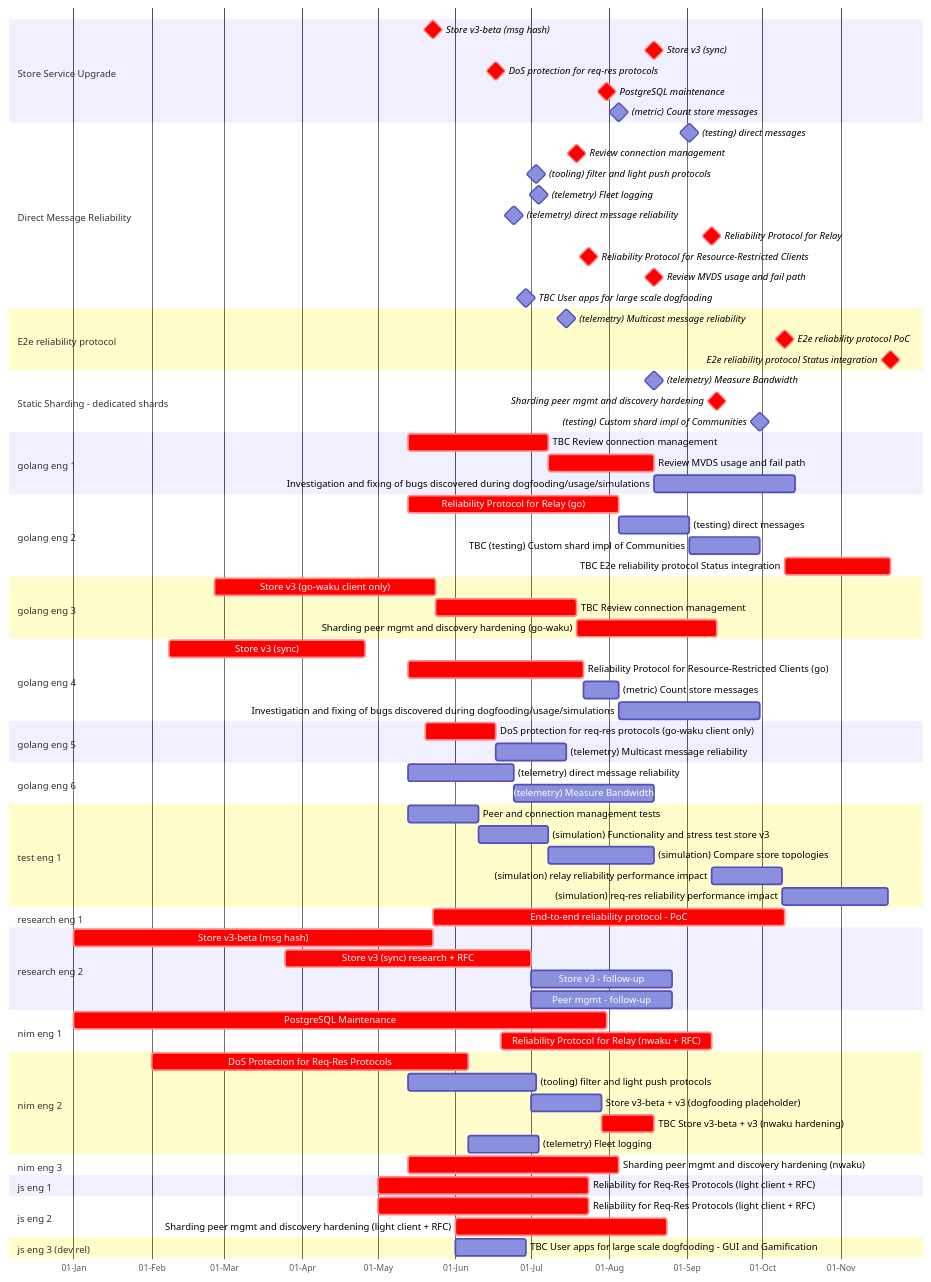
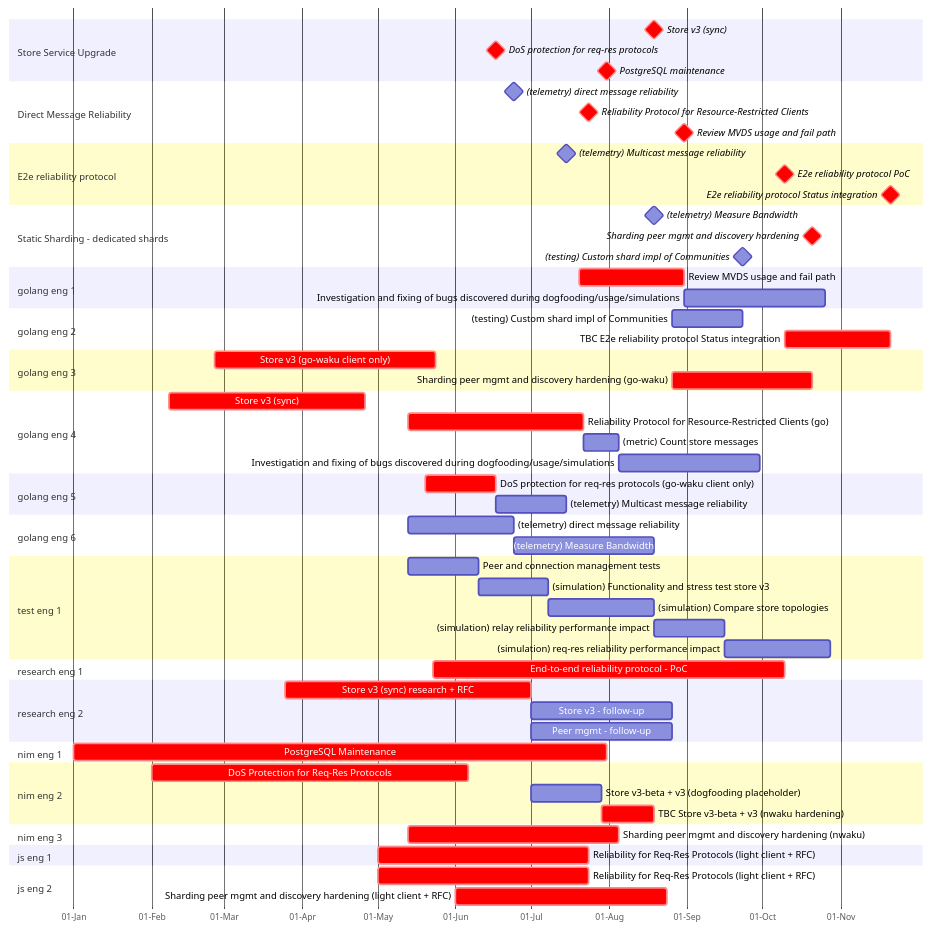
One commit to logos-co/roadmap changed the diagram in content/waku/2024-gantt.md. Above: the diagram before and after it, drawn with Mermaid.

Commit message:
remove completed deliverables

````diff
--- a/content/waku/2024-gantt.md
+++ b/content/waku/2024-gantt.md
@@ -24,21 +24,13 @@
     
 %% Milestones overview with deliverables
     section Store Service Upgrade
-        Store v3-beta (msg hash): crit, milestone, after storev3-br, 0
         Store v3 (sync): crit, milestone, after storev3-r storev3-g storev3-n, 0
         DoS protection for req-res protocols: crit, milestone, after dosreqresn dosreqresj dosreqresg, 0
         PostgreSQL maintenance: crit, milestone, after pgsql, 0
-        (metric) Count store messages: milestone, after count-store-msg, 0
     section Direct Message Reliability
-        (testing) direct messages: milestone, after test-direct-msg, 0
-        Review connection management: crit, milestone, after review-conn-mgmt-1 review-conn-mgmt-2, 0
-        (tooling) filter and light push protocols: milestone, after lite-proto-tester, 0
-        (telemetry) Fleet logging: milestone, after telem-fleet-logging, 0
         (telemetry) direct message reliability: milestone, after telem-d-msg-rel, 0
-        Reliability Protocol for Relay: crit, milestone, after rel-relay-g rel-relay-n, 0
         Reliability Protocol for Resource-Restricted Clients: crit, milestone, after rel-reqres-g rel-reqres-j, 0
         Review MVDS usage and fail path: crit, milestone, after mvds, 0
-        TBC User apps for large scale dogfooding: milestone, after user-app-gui, 0 
     section E2e reliability protocol
         (telemetry) Multicast message reliability: milestone, after telem-m-msg-rel, 0
         E2e reliability protocol PoC: milestone, crit, after e2e-rel-r, 0
@@ -51,20 +43,16 @@
 %% Tasks
     section golang eng 1
         %% Estimation TBC - Prem says fine, waiting on 2nd opinion
-        TBC Review connection management: crit, review-conn-mgmt-1, 2024-05-13, 8w
-        Review MVDS usage and fail path: crit, mvds, after review-conn-mgmt-1, 6w
+        Review MVDS usage and fail path: crit, mvds, 2024-07-20, 6w
         Investigation and fixing of bugs discovered during dogfooding/usage/simulations: go-bugs-1, after mvds, 8w
     section golang eng 2
-        Reliability Protocol for Relay (go): crit, rel-relay-g, 2024-05-13, 12w
-        (testing) direct messages: test-direct-msg, after rel-relay-g, 4w
-        TBC (testing) Custom shard impl of Communities: test-custom-shard, after test-direct-msg, 4w
+        (testing) Custom shard impl of Communities: test-custom-shard, 2024-08-26, 4w
         %% TBC estimate
         TBC E2e reliability protocol Status integration: crit, e2e-rel-g, after e2e-rel-r, 6w
     section golang eng 3
         Store v3 (go-waku client only): crit, storev3-g, 2024-02-26, 2024-05-24
         %% Estimate TBC - assuming parallel work possible
-        TBC Review connection management: crit, review-conn-mgmt-2, after storev3-g, 8w
-        Sharding peer mgmt and discovery hardening (go-waku): crit, sh-peer-mgmt-g, after review-conn-mgmt-2, 8w
+        Sharding peer mgmt and discovery hardening (go-waku): crit, sh-peer-mgmt-g, 2024-08-26, 8w
     section golang eng 4
         Store v3 (sync): crit, 2024-02-08, 2024-04-26
         Reliability Protocol for Resource-Restricted Clients (go): crit, rel-reqres-g, 2024-05-13, 10w
@@ -81,26 +69,22 @@
         (simulation) Functionality and stress test store v3: sim-storev3, after sim-conn-mgmt, 4w
         %% This is Store Service Upgrade - item (2) in DST simulation - start with small scale to get faster results
         (simulation) Compare store topologies: sim-store-cmp, after sim-storev3, 6w
-        (simulation) relay reliability performance impact: sim-relay-rel, after sim-store-cmp sim-req-res rel-relay-g rel-relay-n, 4w
+        (simulation) relay reliability performance impact: sim-relay-rel, after sim-store-cmp sim-req-res, 4w
         (simulation) req-res reliability performance impact: sim-reqres-rel, after sim-relay-rel rel-reqres-g, 6w
     section research eng 1
         End-to-end reliability protocol - PoC: crit, e2e-rel-r, 2024-05-23, 20w
     section research eng 2
         %% Only dogfooding remaining
-        Store v3-beta (msg hash): crit, storev3-br, 2024-01-01, 2024-05-23
         Store v3 (sync) research + RFC: crit, storev3-r, 2024-03-25, 14w
         Store v3 - follow-up: after storev3-r, 8w
         Peer mgmt - follow-up: after storev3-r, 8w
     section nim eng 1
         PostgreSQL Maintenance: crit, pgsql, 2024-01-01, 2024-07-31
-        Reliability Protocol for Relay (nwaku + RFC): crit, rel-relay-n, 2024-06-19, 12w
     section nim eng 2
         DoS Protection for Req-Res Protocols: crit, dosreqresn, 2024-02-01, 18w
-        (tooling) filter and light push protocols: lite-proto-tester, 2024-05-13, 2024-07-03
         Store v3-beta + v3 (dogfooding placeholder):  storev3-df, after storev3-br storev3-r, 4w
         %% More hardening expected to deprecate or separate store v2 from v3 driver
         TBC Store v3-beta + v3 (nwaku hardening): crit, storev3-n, after storev3-df dosreqresn, 3w
-        (telemetry) Fleet logging: telem-fleet-logging, after dosreqresn, 4w
     section nim eng 3
         Sharding peer mgmt and discovery hardening (nwaku): crit, sh-peer-mgmt-n, 2024-05-13, 12w
     section js eng 1
@@ -110,6 +94,4 @@
         Reliability for Req-Res Protocols (light client + RFC): crit, rel-reqres-j, 2024-05-01, 12w
         Sharding peer mgmt and discovery hardening (light client + RFC): crit, sh-peer-mgmt-j, 2024-06-01, 12w
     section js eng 3 (dev rel)
-        %% TBC timing and estimate
-        TBC User apps for large scale dogfooding - GUI and Gamification: user-app-gui, 2024-06-01, 4w
 ```
````
